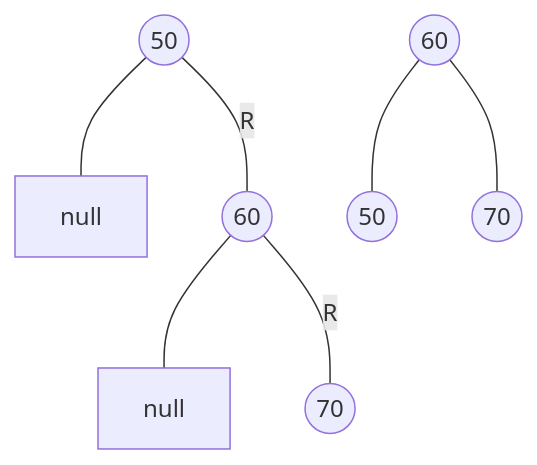
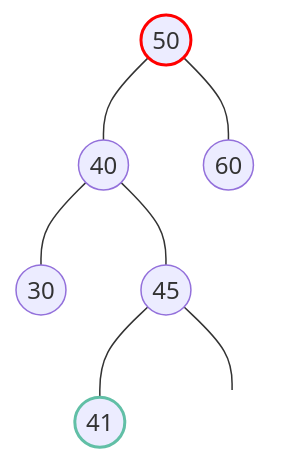
One commit to chupai/website-hugo changed diagram 13 of 14 in content/posts/2007/ds_avl-tree.md. Above: the diagram before and after it, drawn with Mermaid. The commit also changed other lines of this file and 49 other files, not shown here.

````diff
--- a/content/posts/2007/ds_avl-tree.md
+++ b/content/posts/2007/ds_avl-tree.md
@@ -204,9 +301,13 @@
 ```mermaid
 graph TB;
-  A((50)) --- n1[null];
-  A((50)) --- |R| B((60));
-  B((60)) --- n2[null];
-  B((60)) --- |R| C((70));
+  A((50)) --- B((40)) & C((60));
+  B((40)) --- D((30)) & E((45));
+  E((45)) --- F((41)) & n1((null));
 
-  B2((60))  --- A2((50)) & C2((70));
+  class A red;
+  class F green;
+  class n1,n2 transparent;
+  classDef red stroke:red,stroke-width:2px;
+  classDef green stroke:#61bfa6,stroke-width:2px;
+  classDef transparent fill:transparent,color:transparent,stroke:transparent;
 ```
````
